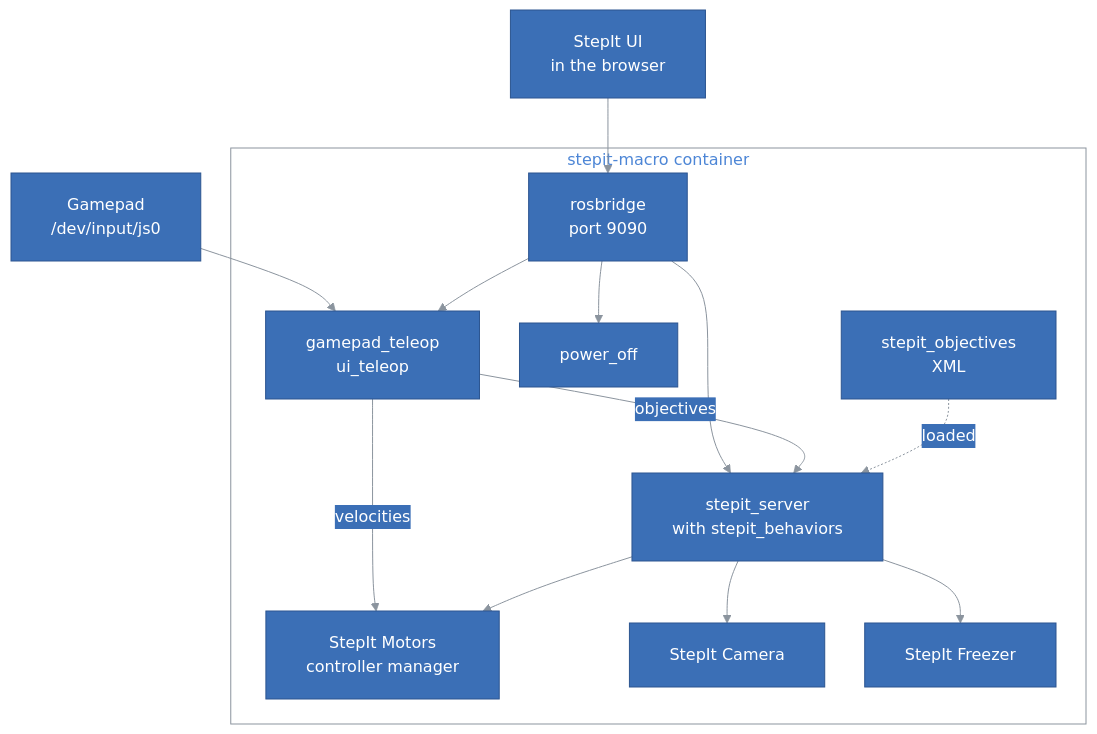
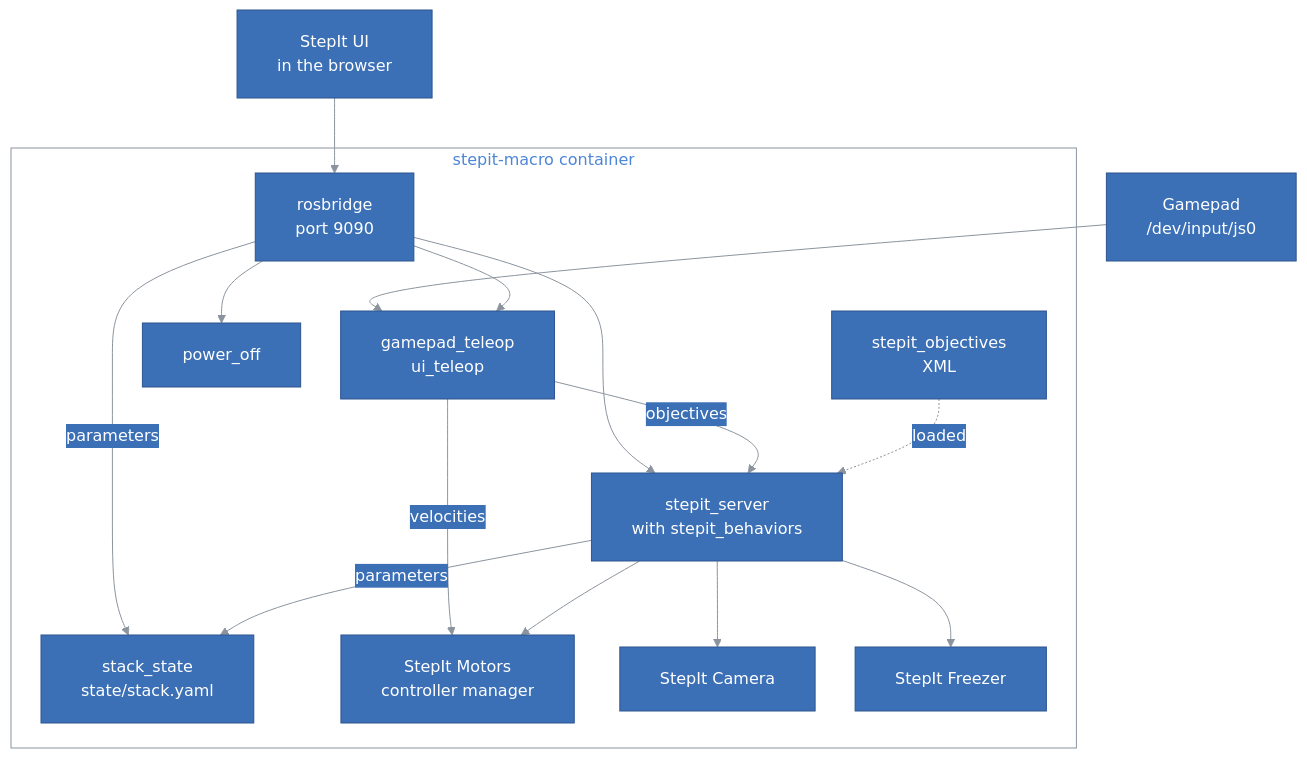
The first of 3 diagrams in docs/ARCHITECTURE.md (kineticsystem/stepit-macro), drawn with Mermaid before and after one commit. The commit also changed other lines of this file, not shown here.

First line of the commit message:
Document the state of the rig on stack_state; update the commander

```diff
--- a/docs/ARCHITECTURE.md
+++ b/docs/ARCHITECTURE.md
@@ -93,6 +93,7 @@
         Bridge["rosbridge<br/>port 9090"]
         Teleop["gamepad_teleop<br/>ui_teleop"]
         Power["power_off"]
+        State["stack_state<br/>state/stack.yaml"]
         Commander["stepit_server<br/>with stepit_behaviors"]
         Objectives["stepit_objectives<br/>XML"]
         Motors["StepIt Motors<br/>controller manager"]
@@ -104,7 +105,9 @@
     Bridge --> Teleop
     Bridge --> Power
     Bridge --> Commander
+    Bridge -- "parameters" --> State
     Teleop -- "objectives" --> Commander
+    Commander -- "parameters" --> State
     Objectives -. "loaded" .-> Commander
     Teleop -- "velocities" --> Motors
     Commander --> Motors
```
